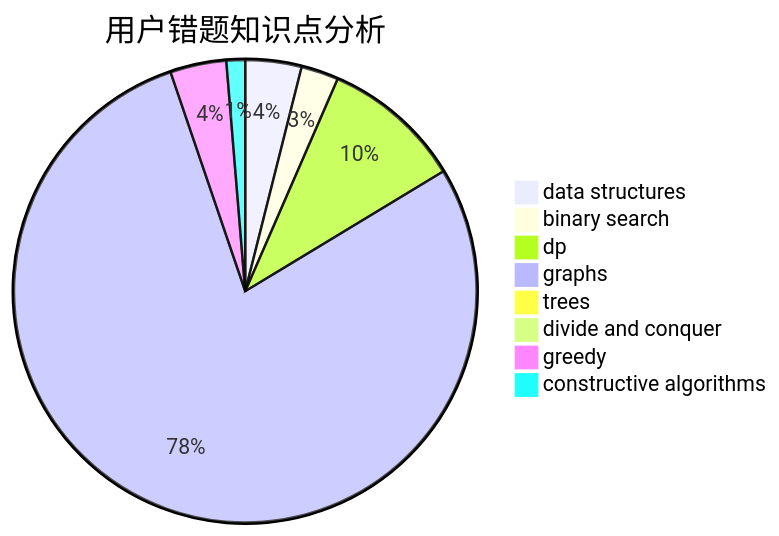
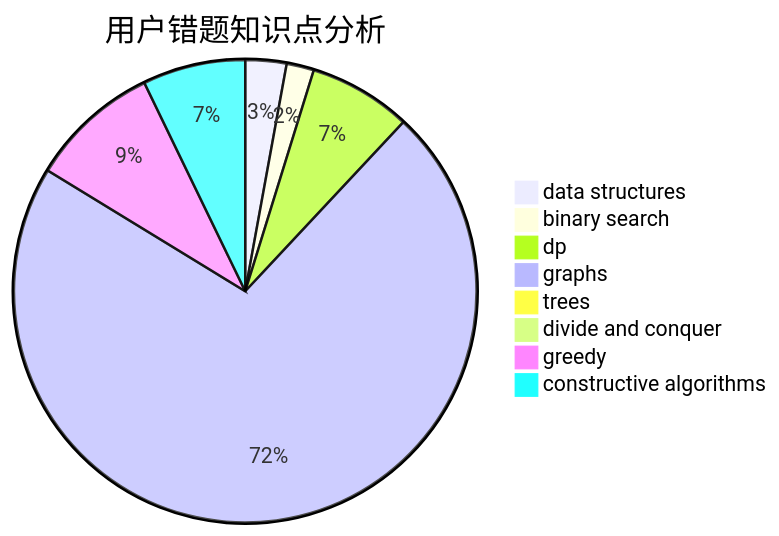
Before and after one commit to sherpahu/cfrs.github.io: the third of 3 diagrams in docs/user/u743.md, drawn with Mermaid. The commit also changed other lines of this file and 2770 other files, not shown here.

````diff
--- a/docs/user/u743.md
+++ b/docs/user/u743.md
@@ -36,11 +36,11 @@
 ```mermaid
 pie title 用户错题知识点分析
     "data structures" :  6
     "binary search" :  4
     "dp" :  15
-    "graphs" :  120
+    "graphs" :  150
     "trees" :  0
     "divide and conquer" :  0
-    "greedy" :  6
-    "constructive algorithms" :  2
+    "greedy" :  19
+    "constructive algorithms" :  15
 ```
````
